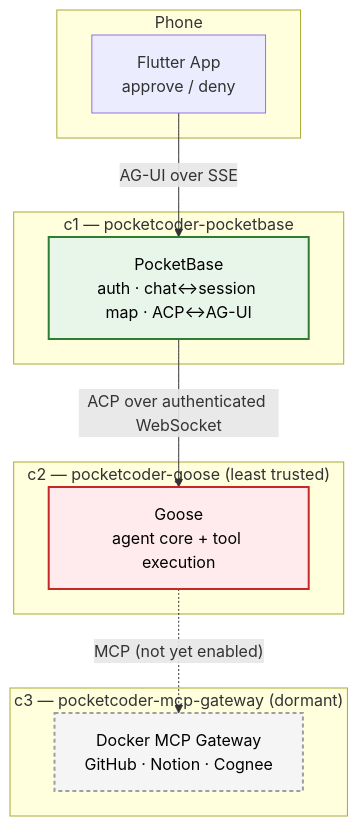
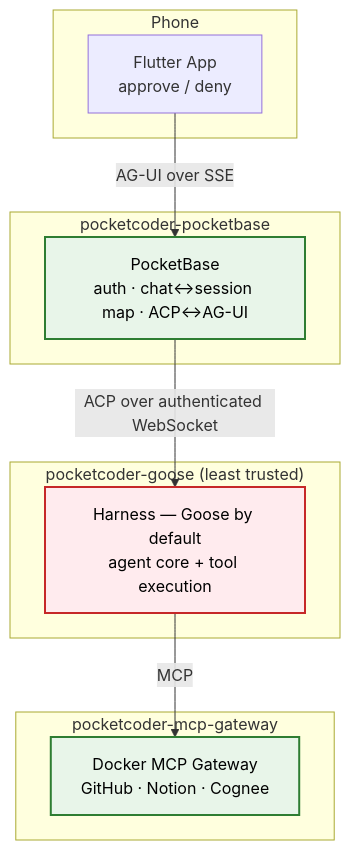
One commit to qtpi-bonding-org/pocketcoder changed the diagram in SECURITY.md. Above: the diagram before and after it, drawn with Mermaid. The commit also changed other lines of this file and 2 other files, not shown here.

````diff
--- a/SECURITY.md
+++ b/SECURITY.md
@@ -16,26 +16,25 @@
 ```mermaid
 graph TD
     subgraph "Phone"
         F[Flutter App<br/>approve / deny]
     end
-    subgraph "c1 — pocketcoder-pocketbase"
+    subgraph "pocketcoder-pocketbase"
         PB[PocketBase<br/>auth · chat↔session map · ACP↔AG-UI]
     end
-    subgraph "c2 — pocketcoder-goose (least trusted)"
-        G[Goose<br/>agent core + tool execution]
+    subgraph "pocketcoder-goose (least trusted)"
+        G[Harness — Goose by default<br/>agent core + tool execution]
     end
-    subgraph "c3 — pocketcoder-mcp-gateway (dormant)"
+    subgraph "pocketcoder-mcp-gateway"
         MCP[Docker MCP Gateway<br/>GitHub · Notion · Cognee]
     end
 
     F -- "AG-UI over SSE" --> PB
     PB -- "ACP over authenticated WebSocket" --> G
-    G -. "MCP (not yet enabled)" .-> MCP
+    G -- "MCP" --> MCP
 
     classDef secure fill:#e8f5e9,stroke:#2e7d32,stroke-width:2px,color:#000
     classDef untrusted fill:#ffebee,stroke:#c62828,stroke-width:2px,color:#000
-    classDef dormant fill:#f5f5f5,stroke:#9e9e9e,stroke-width:2px,color:#000,stroke-dasharray:4 3
     class PB secure
     class G untrusted
-    class MCP dormant
+    class MCP secure
 ```
````
